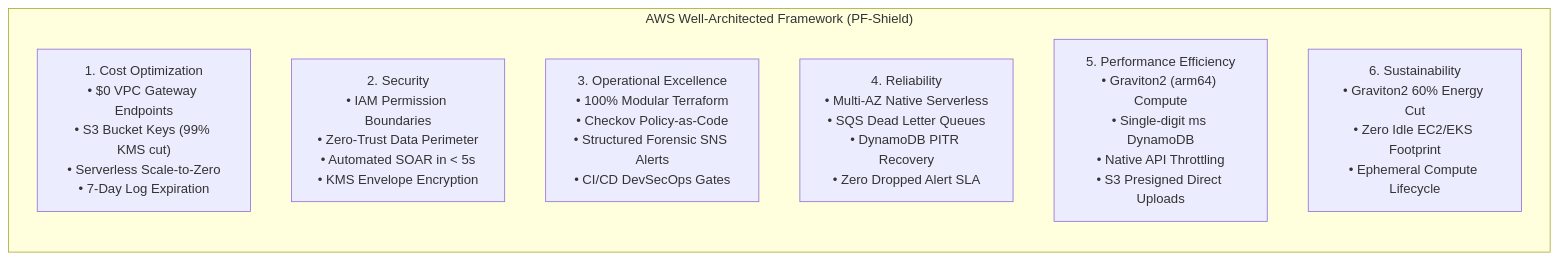
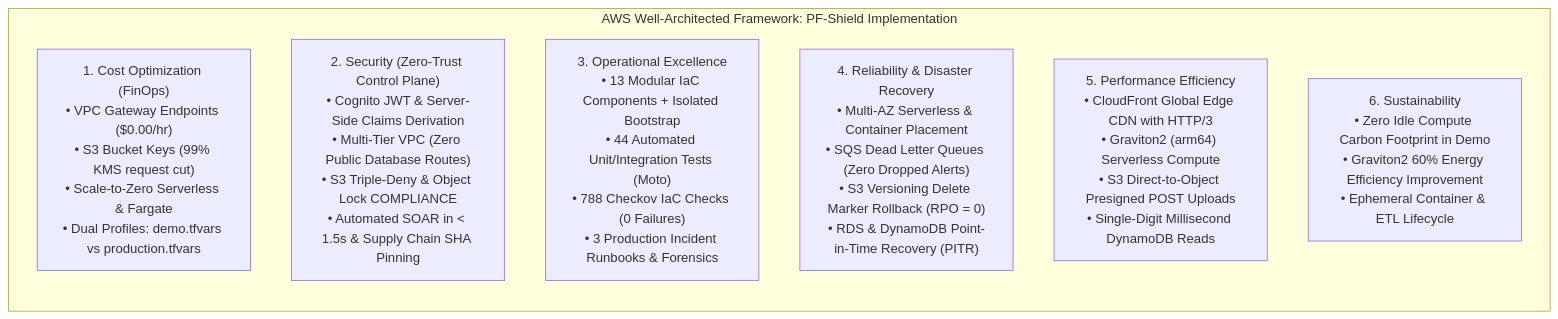
One commit to yousef-usama/pf-shield-cloud-security changed the diagram in docs/WELL_ARCHITECTED_REVIEW.md. Above: the diagram before and after it, drawn with Mermaid. The commit also changed other lines of this file and 4 other files, not shown here.

Commit message:
feat(phase-8): comprehensive compliance framework, evidence dossier, and portfolio polish

````diff
--- a/docs/WELL_ARCHITECTED_REVIEW.md
+++ b/docs/WELL_ARCHITECTED_REVIEW.md
@@ -13,12 +13,12 @@
 ```mermaid
 flowchart TD
-    subgraph SixPillars ["AWS Well-Architected Framework (PF-Shield)"]
+    subgraph SixPillars ["AWS Well-Architected Framework: PF-Shield Implementation"]
         direction TB
-        P1["1. Cost Optimization<br/>• $0 VPC Gateway Endpoints<br/>• S3 Bucket Keys (99% KMS cut)<br/>• Serverless Scale-to-Zero<br/>• 7-Day Log Expiration"]
-        P2["2. Security<br/>• IAM Permission Boundaries<br/>• Zero-Trust Data Perimeter<br/>• Automated SOAR in < 5s<br/>• KMS Envelope Encryption"]
-        P3["3. Operational Excellence<br/>• 100% Modular Terraform<br/>• Checkov Policy-as-Code<br/>• Structured Forensic SNS Alerts<br/>• CI/CD DevSecOps Gates"]
-        P4["4. Reliability<br/>• Multi-AZ Native Serverless<br/>• SQS Dead Letter Queues<br/>• DynamoDB PITR Recovery<br/>• Zero Dropped Alert SLA"]
-        P5["5. Performance Efficiency<br/>• Graviton2 (arm64) Compute<br/>• Single-digit ms DynamoDB<br/>• Native API Throttling<br/>• S3 Presigned Direct Uploads"]
-        P6["6. Sustainability<br/>• Graviton2 60% Energy Cut<br/>• Zero Idle EC2/EKS Footprint<br/>• Ephemeral Compute Lifecycle"]
+        P1["1. Cost Optimization (FinOps)<br/>• VPC Gateway Endpoints ($0.00/hr)<br/>• S3 Bucket Keys (99% KMS request cut)<br/>• Scale-to-Zero Serverless & Fargate<br/>• Dual Profiles: demo.tfvars vs production.tfvars"]
+        P2["2. Security (Zero-Trust Control Plane)<br/>• Cognito JWT & Server-Side Claims Derivation<br/>• Multi-Tier VPC (Zero Public Database Routes)<br/>• S3 Triple-Deny & Object Lock COMPLIANCE<br/>• Automated SOAR in < 1.5s & Supply Chain SHA Pinning"]
+        P3["3. Operational Excellence<br/>• 13 Modular IaC Components + Isolated Bootstrap<br/>• 44 Automated Unit/Integration Tests (Moto)<br/>• 788 Checkov IaC Checks (0 Failures)<br/>• 3 Production Incident Runbooks & Forensics"]
+        P4["4. Reliability & Disaster Recovery<br/>• Multi-AZ Serverless & Container Placement<br/>• SQS Dead Letter Queues (Zero Dropped Alerts)<br/>• S3 Versioning Delete Marker Rollback (RPO = 0)<br/>• RDS & DynamoDB Point-in-Time Recovery (PITR)"]
+        P5["5. Performance Efficiency<br/>• CloudFront Global Edge CDN with HTTP/3<br/>• Graviton2 (arm64) Serverless Compute<br/>• S3 Direct-to-Object Presigned POST Uploads<br/>• Single-Digit Millisecond DynamoDB Reads"]
+        P6["6. Sustainability<br/>• Zero Idle Compute Carbon Footprint in Demo<br/>• Graviton2 60% Energy Efficiency Improvement<br/>• Ephemeral Container & ETL Lifecycle"]
     end
 ```
````
